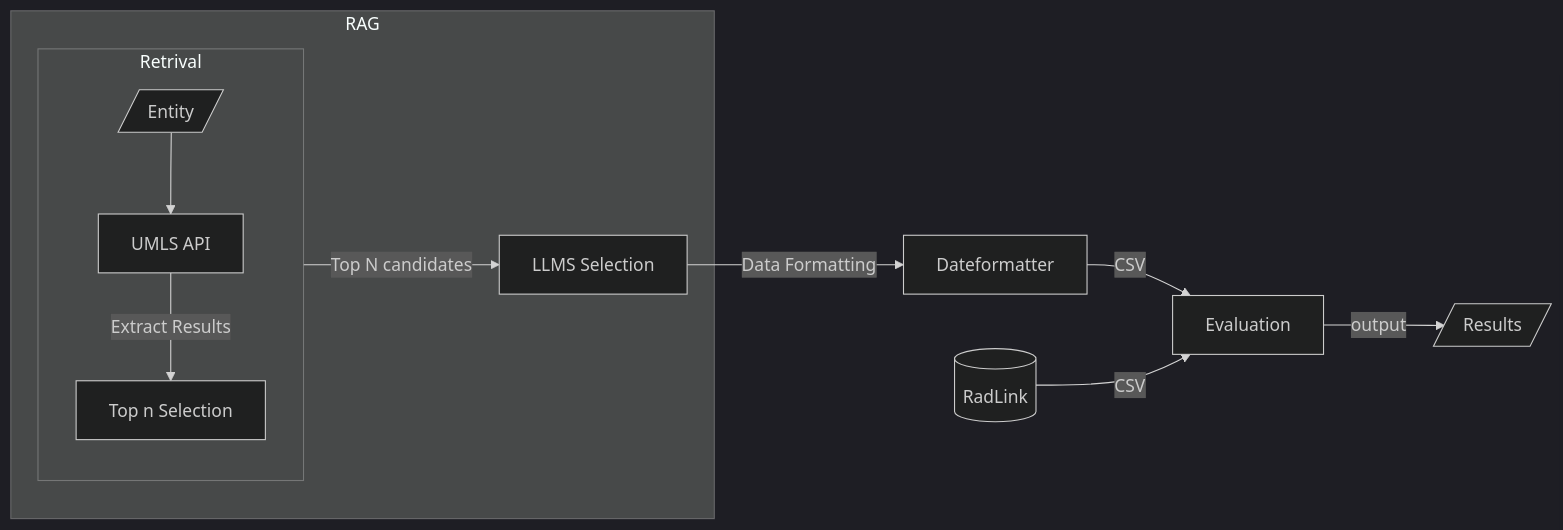
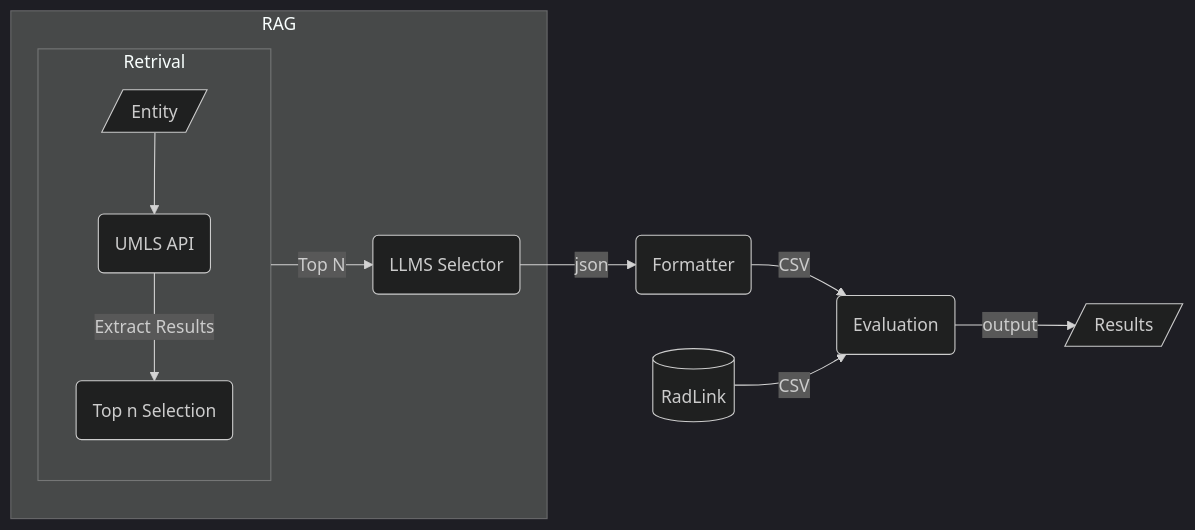
One commit to MouYongli/MedKGC changed the diagram in src/medkgc/nen/README.md. Above: the diagram before and after it, drawn with Mermaid (dark theme).

````diff
--- a/src/medkgc/nen/README.md
+++ b/src/medkgc/nen/README.md
@@ -33,17 +33,18 @@
 ```mermaid
 flowchart LR
     subgraph RAG
 
         subgraph Retrival
             direction TB
-            A@{ shape: lean-r, label: "Entity" } --> API[UMLS API]
-            API -->|Extract Results| RES[Top n Selection]
+            A@{ shape: lean-r, label: "Entity" } --> API(UMLS API)
+            API -->|Extract Results| RES(Top n Selection)
         end
-        Retrival -->|Top N candidates| LLMS[LLMS Selection]
+
+        Retrival -->|Top N| LLMS(LLMS Selector)
     end
 
-    LLMS -->|Data Formatting| DF[Dateformatter]
-    DF -->|CSV| E[Evaluation]
+    LLMS -->|json| DF(Formatter)
+    DF -->|CSV| E(Evaluation)
     DB2[(RadLink)] --> |CSV| E
     E -->|output| G@{ shape: lean-r, label: "Results" }
 ```
````
